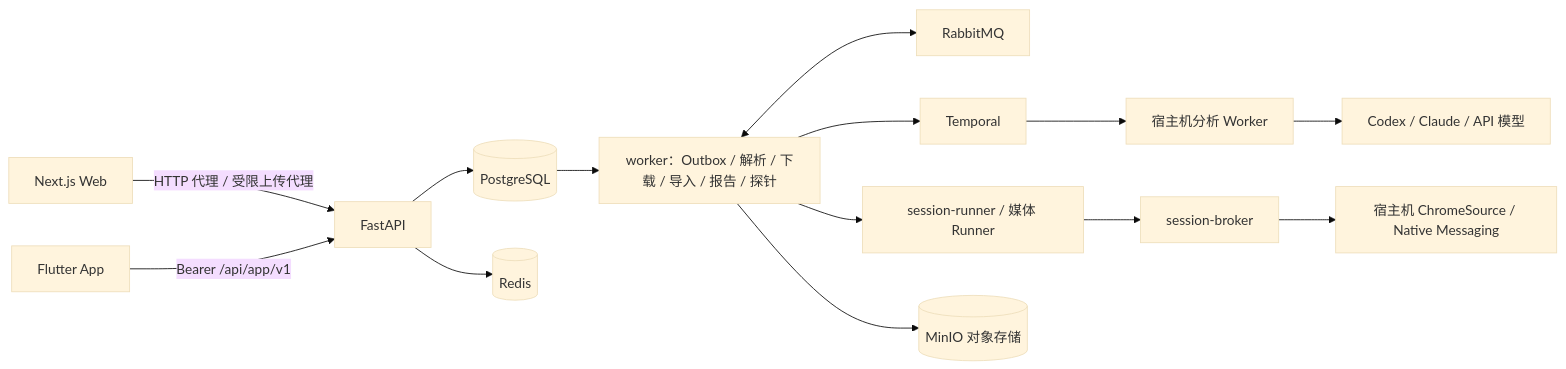
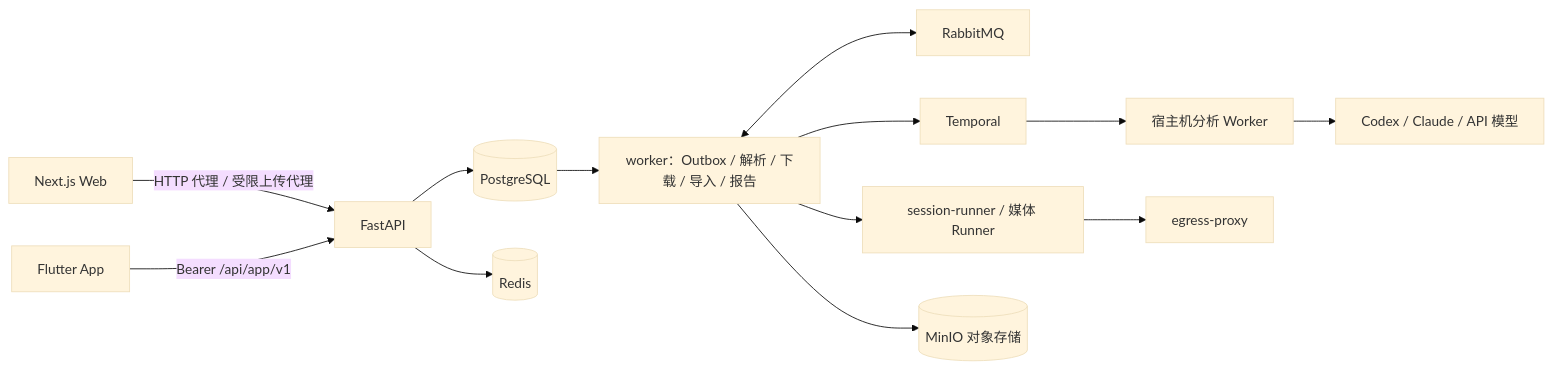
The diagram in docs/design/02-总体架构.md (StephenQiu30/framefetch), drawn with Mermaid (base theme) before and after one commit. The commit also changed other lines of this file and 17 other files, not shown here.

````diff
--- a/docs/design/02-总体架构.md
+++ b/docs/design/02-总体架构.md
@@ -9,16 +9,15 @@
 ```mermaid
 flowchart LR
   Web[Next.js Web] -->|HTTP 代理 / 受限上传代理| API[FastAPI]
   App[Flutter App] -->|Bearer /api/app/v1| API
   API --> PG[(PostgreSQL)]
   API --> Redis[(Redis)]
-  PG --> W[worker：Outbox / 解析 / 下载 / 导入 / 报告 / 探针]
+  PG --> W[worker：Outbox / 解析 / 下载 / 导入 / 报告]
   W <--> MQ[RabbitMQ]
   W --> T[Temporal]
   T --> AN[宿主机分析 Worker]
   W --> SR[session-runner / 媒体 Runner]
-  SR --> Broker[session-broker]
-  Broker --> Agent[宿主机 ChromeSource / Native Messaging]
+  SR --> Proxy[egress-proxy]
   W --> MinIO[(MinIO 对象存储)]
   AN --> AI[Codex / Claude / API 模型]
 ```
````
